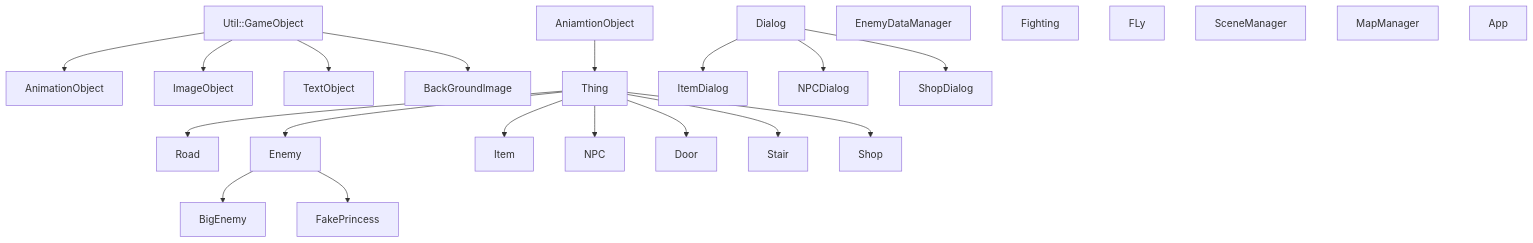
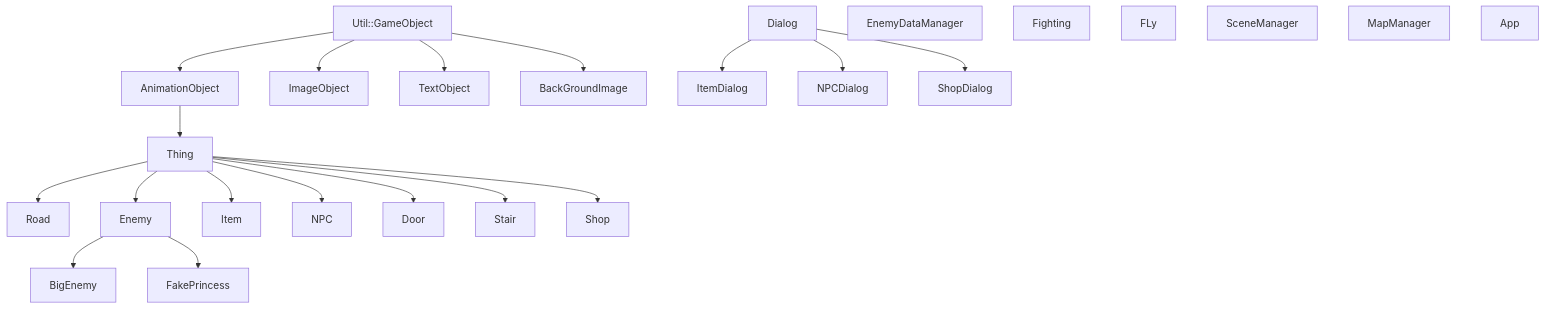
One commit to joycehsu0427/OOPL_project_magic_tower changed the diagram in 2025OOPL_Final.md. Above: the diagram before and after it, drawn with Mermaid.

Commit message:
fix wrong word 'AnimationObject'

````diff
--- a/2025OOPL_Final.md
+++ b/2025OOPL_Final.md
@@ -77,34 +77,34 @@
 ```mermaid
 graph TD
 
 
     Util::GameObject --> AnimationObject
     Util::GameObject --> ImageObject
     Util::GameObject --> TextObject
     Util::GameObject --> BackGroundImage
     
-    AniamtionObject --> Thing
+    AnimationObject --> Thing
     
     Thing --> Road
     Thing --> Enemy
     Thing --> Item
     Thing --> NPC
     Thing --> Door
     Thing --> Stair
     Thing --> Shop
     
     Enemy --> BigEnemy
     Enemy --> FakePrincess
     
     Dialog --> ItemDialog
     Dialog --> NPCDialog
     Dialog --> ShopDialog
     
     EnemyDataManager
     Fighting
     FLy
     SceneManager
     MapManager
     App
 
 ```
````
